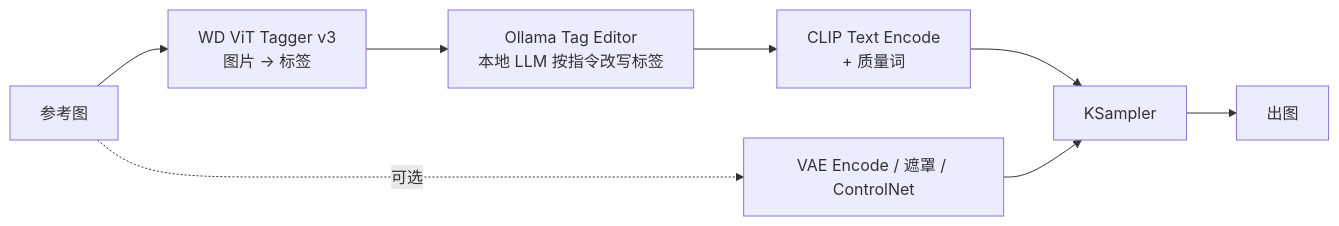
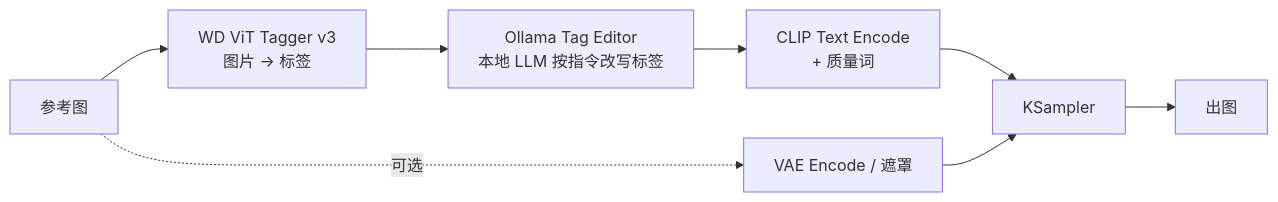
Before and after one commit to hubberfr/comfyui-ollama-tag-editor: the diagram in README.md, drawn with Mermaid. The commit also changed other lines of this file and 4 other files, not shown here.

Commit message:
docs: 移除有问题的 pose_swap 工作流及相关引用，补充工作流截图

````diff
--- a/README.md
+++ b/README.md
@@ -41,10 +40,10 @@
 ```mermaid
 flowchart LR
     IMG[参考图] --> TAG[WD ViT Tagger v3<br/>图片 → 标签]
     TAG --> LLM[Ollama Tag Editor<br/>本地 LLM 按指令改写标签]
     LLM --> CLIP[CLIP Text Encode<br/>+ 质量词]
-    IMG -.可选.-> LAT[VAE Encode / 遮罩 / ControlNet]
+    IMG -.可选.-> LAT[VAE Encode / 遮罩]
     CLIP --> KS[KSampler]
     LAT --> KS
     KS --> OUT[出图]
 ```
````
